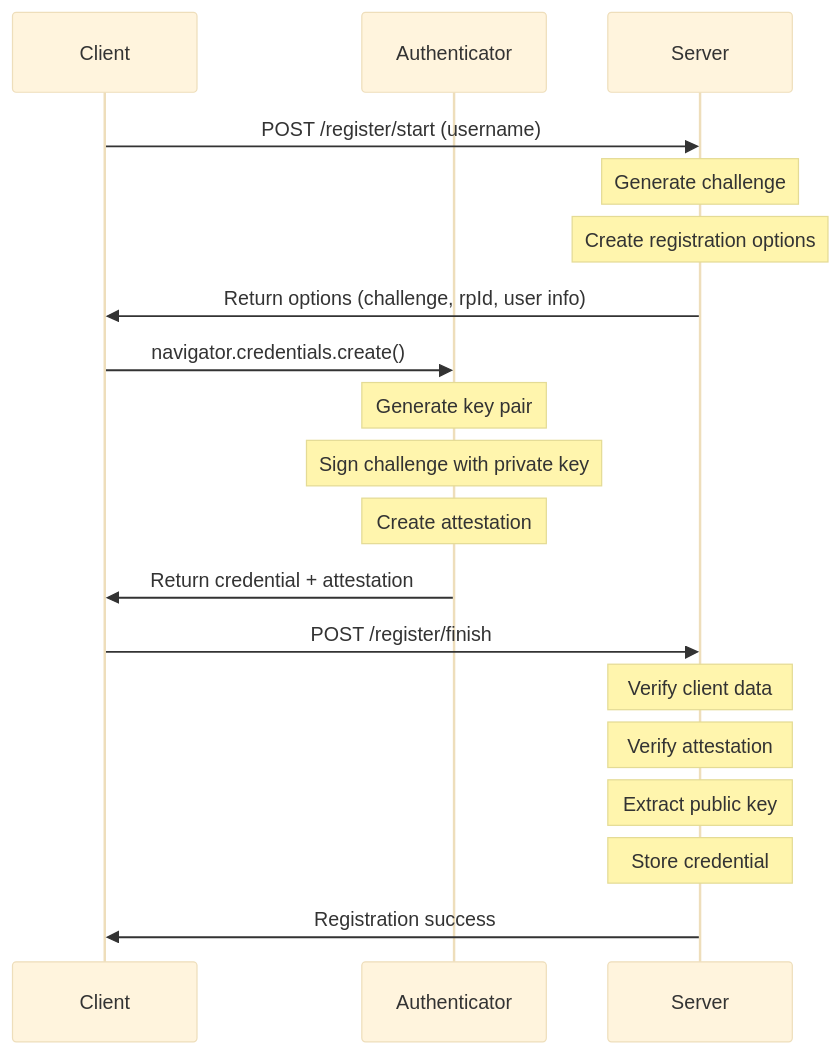
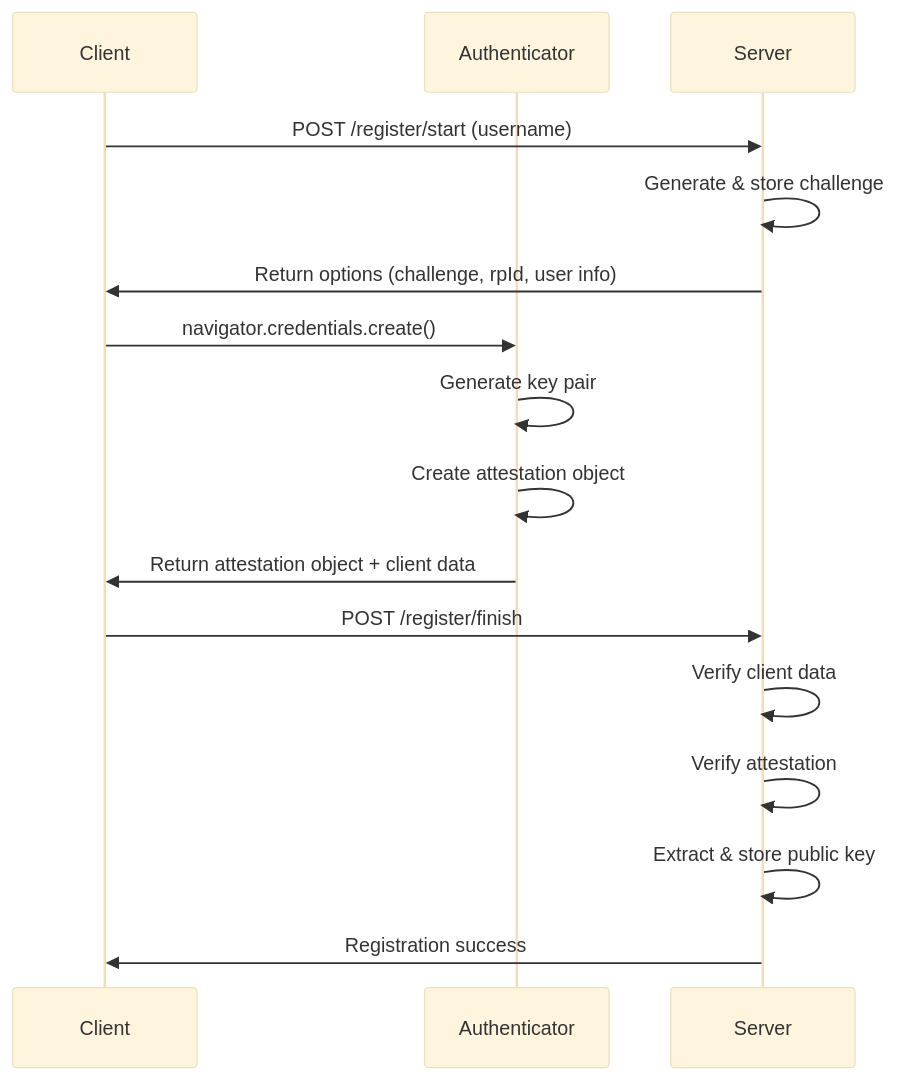
Before and after one commit to ktaka-ccmp/ktaka.blog.ccmp.jp: the first of 2 diagrams in 2025/AxumPasskey/Readme.en.md, drawn with Mermaid (base theme). The commit also changed other lines of this file, not shown here.

````diff
--- a/2025/AxumPasskey/Readme.en.md
+++ b/2025/AxumPasskey/Readme.en.md
@@ -19,24 +39,21 @@
 ```mermaid
 sequenceDiagram
     participant C as Client
     participant A as Authenticator
     participant S as Server
 
     C->>S: POST /register/start (username)
-    Note over S: Generate challenge
-    Note over S: Create registration options
+    S->>S: Generate & store challenge
     S->>C: Return options (challenge, rpId, user info)
     
     C->>A: navigator.credentials.create()
-    Note over A: Generate key pair
-    Note over A: Sign challenge with private key
-    Note over A: Create attestation
-    A->>C: Return credential + attestation
+    A->>A: Generate key pair
+    A->>A:  Create attestation object
+    A->>C: Return attestation object + client data
     
     C->>S: POST /register/finish
-    Note over S: Verify client data
-    Note over S: Verify attestation
-    Note over S: Extract public key
-    Note over S: Store credential
+    S->>S: Verify client data
+    S->>S: Verify attestation
+    S->>S: Extract & store public key
     S->>C: Registration success
 ```
````
